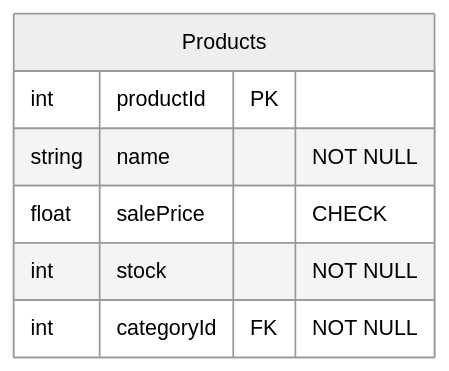
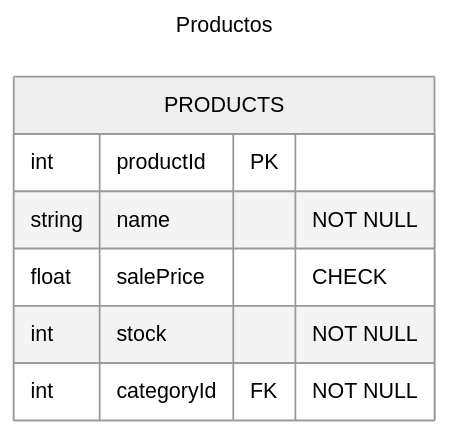
Diagram 19 of 30 in 4to-Cuatrimestre/fundamentos-base-datos/proyecto/proyecto.md (rosendocamal/homeworks), drawn with Mermaid (neutral theme) before and after one commit. The commit also changed other lines of this file and 1 other file, not shown here.

````diff
--- a/4to-Cuatrimestre/fundamentos-base-datos/proyecto/proyecto.md
+++ b/4to-Cuatrimestre/fundamentos-base-datos/proyecto/proyecto.md
@@ -405,10 +405,13 @@
 ```mermaid
+---
+title: Productos
+---
 erDiagram
-	Products {
+	PRODUCTS {
 		int productId PK
 		string name "NOT NULL"
 		float salePrice "CHECK"
 		int stock "NOT NULL"
 		int categoryId FK "NOT NULL"
 	}
 ```
````
